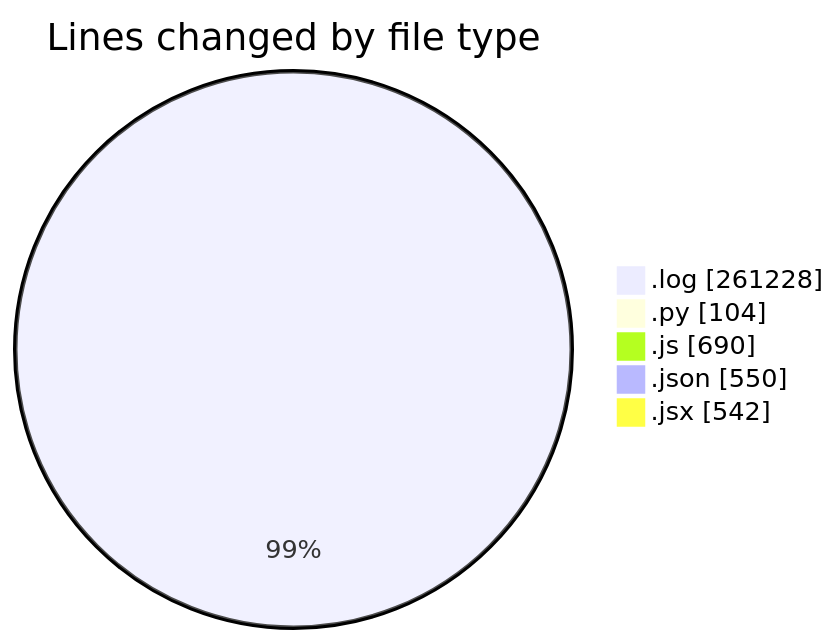
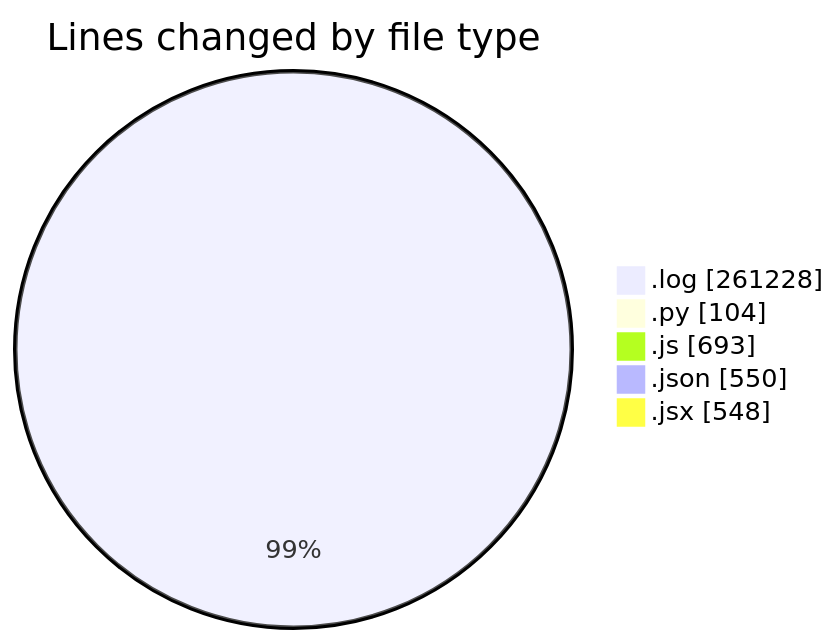
One commit to nxtqubesakshisongat/code-tracking changed the first of 2 diagrams in 2025-04-10/nxtqube_webapp/README.md. Above: the diagram before and after it, drawn with Mermaid. The commit also changed other lines of this file and 1 other file, not shown here.

````diff
--- a/2025-04-10/nxtqube_webapp/README.md
+++ b/2025-04-10/nxtqube_webapp/README.md
@@ -25,9 +25,9 @@
 ```mermaid
 pie showData
 title Lines changed by file type
 ".log" : 261228
 ".py" : 104
-".js" : 690
+".js" : 693
 ".json" : 550
-".jsx" : 542
+".jsx" : 548
 ```
````
